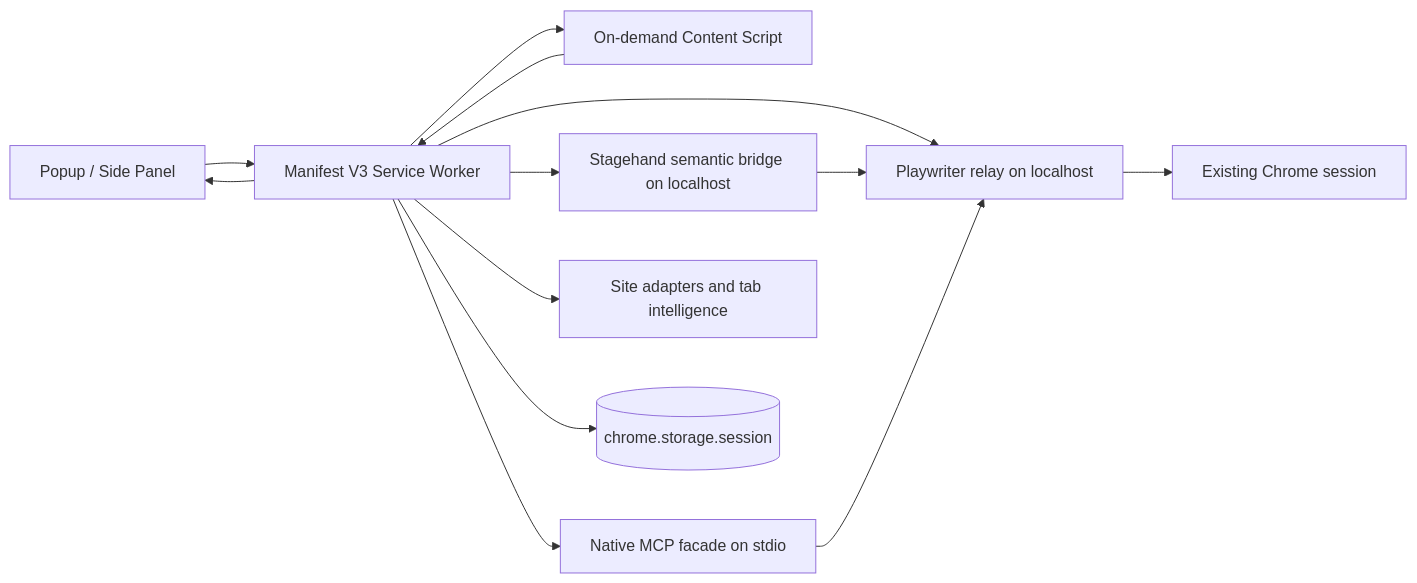
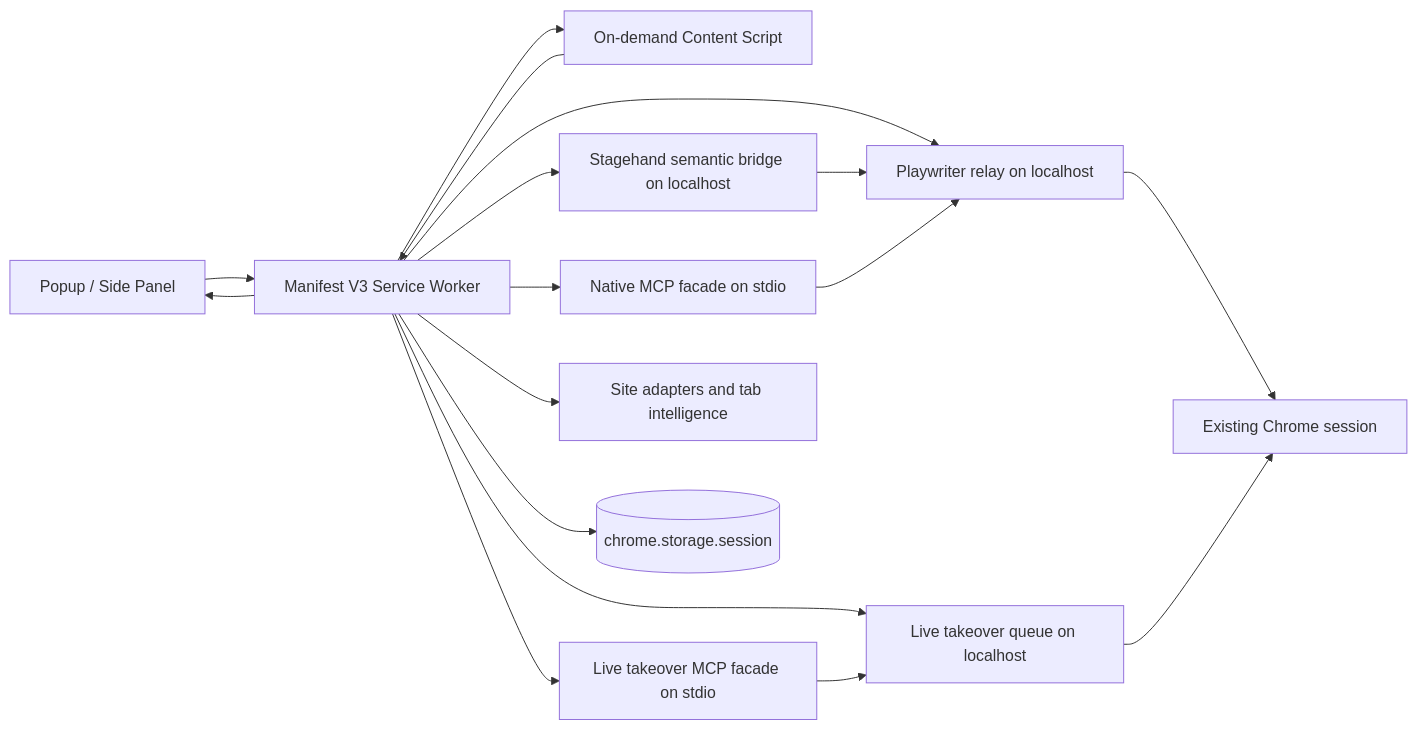
The diagram in README.md (jpyanes/codex-browser-companion), drawn with Mermaid before and after one commit. The commit also changed other lines of this file and 32 other files, not shown here.

Commit message:
Add live takeover bootstrap and state migration

````diff
--- a/README.md
+++ b/README.md
@@ -18,15 +19,19 @@
 ```mermaid
 flowchart LR
   UI[Popup / Side Panel] --> BG[Manifest V3 Service Worker]
   BG --> CS[On-demand Content Script]
   CS --> BG
   BG --> BR[Playwriter relay on localhost]
   BR --> CH[Existing Chrome session]
+  BG --> LT[Live takeover queue on localhost]
+  LT --> CH
   BG --> SB[Stagehand semantic bridge on localhost]
   SB --> BR
   BG --> NM[Native MCP facade on stdio]
   NM --> BR
+  BG --> LM[Live takeover MCP facade on stdio]
+  LM --> LT
   BG --> SA[Site adapters and tab intelligence]
   BG --> UI
   BG --> ST[(chrome.storage.session)]
 ```
````
